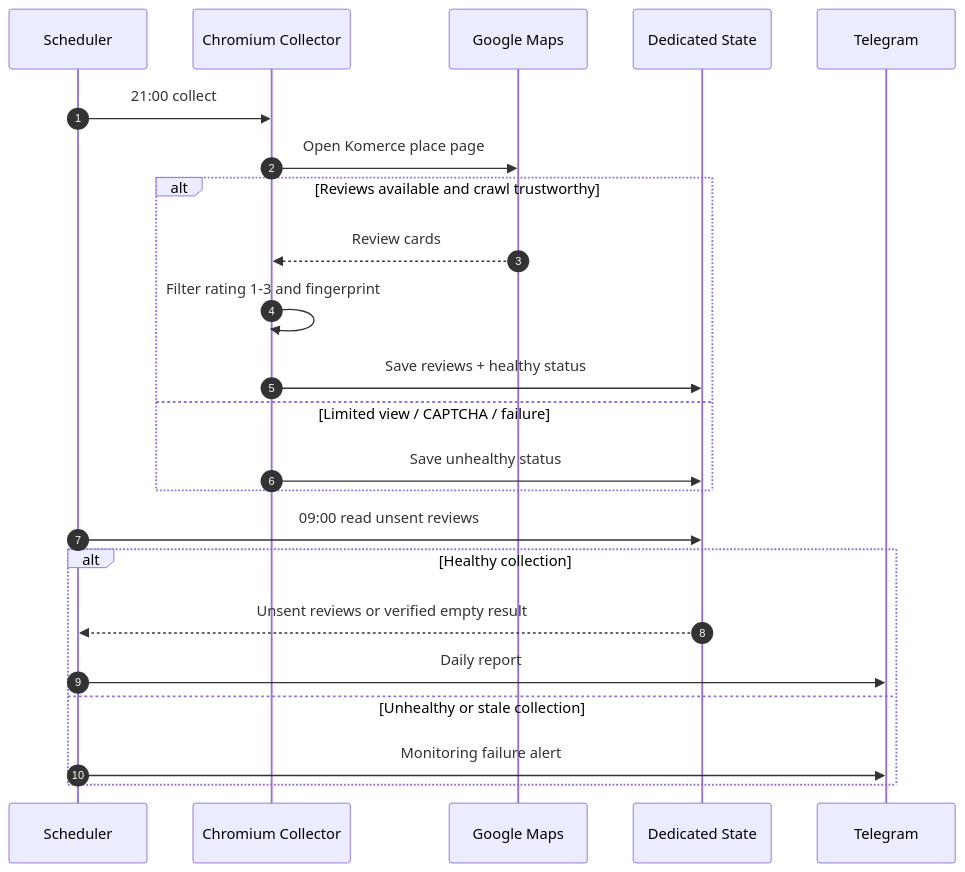
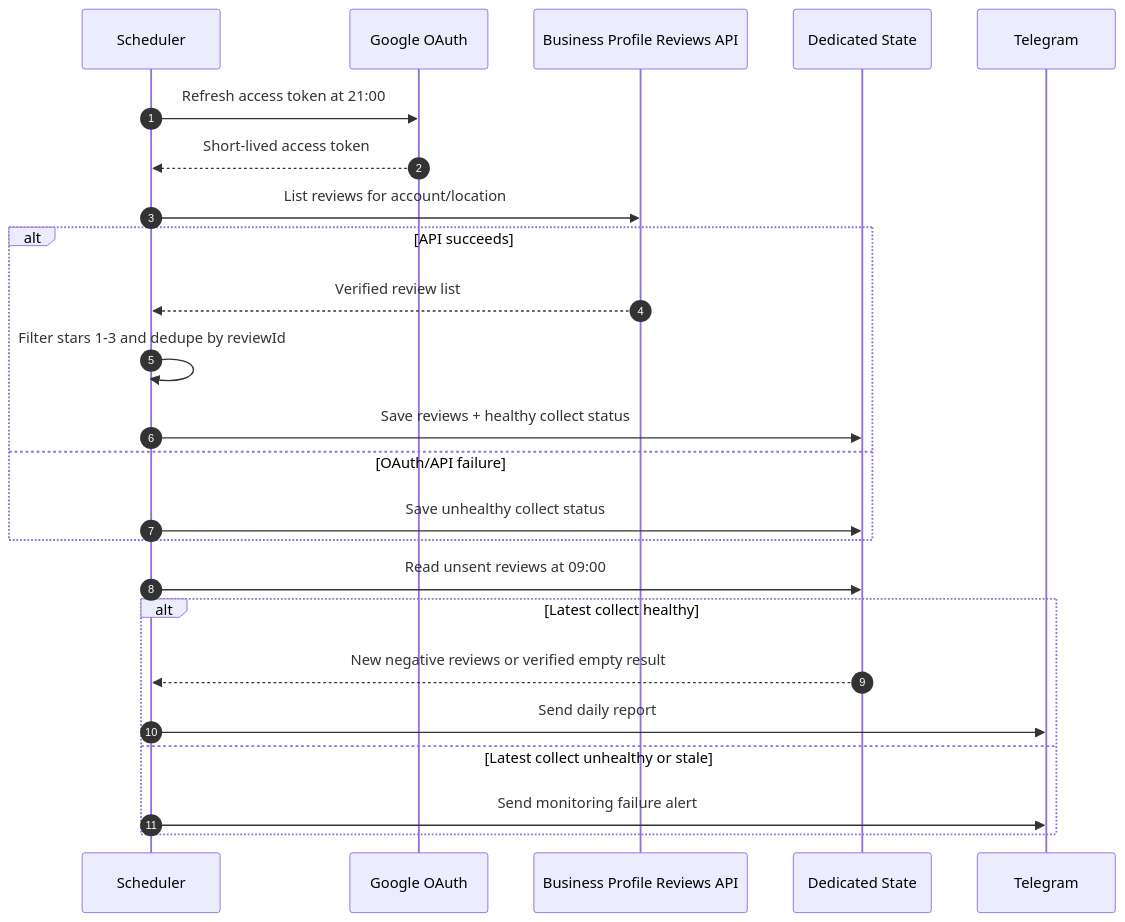
Before and after one commit to nunutech40/company-detector-bot: the second of 2 diagrams in docs/technical/GOOGLE_REVIEW_MONITOR.md, drawn with Mermaid. The commit also changed other lines of this file and 22 other files, not shown here.

Commit message:
Prepare Google Business Profile review monitor

````diff
--- a/docs/technical/GOOGLE_REVIEW_MONITOR.md
+++ b/docs/technical/GOOGLE_REVIEW_MONITOR.md
@@ -62,27 +67,29 @@
 ```mermaid
 sequenceDiagram
   autonumber
   participant Scheduler
-  participant Collector as Chromium Collector
-  participant Maps as Google Maps
+  participant OAuth as Google OAuth
+  participant GBP as Business Profile Reviews API
   participant State as Dedicated State
   participant Telegram
 
-  Scheduler->>Collector: 21:00 collect
-  Collector->>Maps: Open Komerce place page
-  alt Reviews available and crawl trustworthy
-    Maps-->>Collector: Review cards
-    Collector->>Collector: Filter rating 1-3 and fingerprint
-    Collector->>State: Save reviews + healthy status
-  else Limited view / CAPTCHA / failure
-    Collector->>State: Save unhealthy status
+  Scheduler->>OAuth: Refresh access token at 21:00
+  OAuth-->>Scheduler: Short-lived access token
+  Scheduler->>GBP: List reviews for account/location
+
+  alt API succeeds
+    GBP-->>Scheduler: Verified review list
+    Scheduler->>Scheduler: Filter stars 1-3 and dedupe by reviewId
+    Scheduler->>State: Save reviews + healthy collect status
+  else OAuth/API failure
+    Scheduler->>State: Save unhealthy collect status
   end
 
-  Scheduler->>State: 09:00 read unsent reviews
-  alt Healthy collection
-    State-->>Scheduler: Unsent reviews or verified empty result
-    Scheduler->>Telegram: Daily report
-  else Unhealthy or stale collection
-    Scheduler->>Telegram: Monitoring failure alert
+  Scheduler->>State: Read unsent reviews at 09:00
+  alt Latest collect healthy
+    State-->>Scheduler: New negative reviews or verified empty result
+    Scheduler->>Telegram: Send daily report
+  else Latest collect unhealthy or stale
+    Scheduler->>Telegram: Send monitoring failure alert
   end
 ```
````
